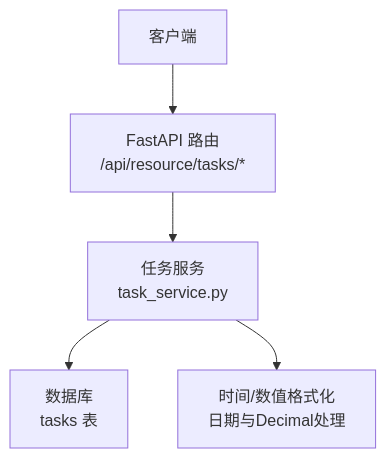
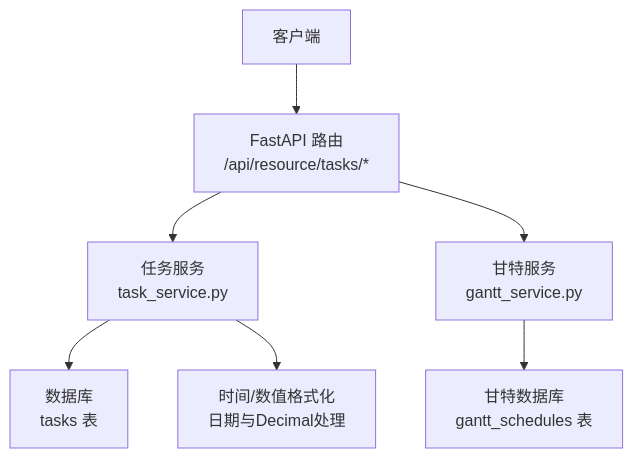
The first of 4 diagrams in .qoder/repowiki/zh/content/API接口文档/资源管理API/任务管理API.md (JiaStan/shizhi_system_df), drawn with Mermaid before and after one commit. The commit also changed other lines of this file and 53 other files, not shown here.

````diff
--- a/.qoder/repowiki/zh/content/API接口文档/资源管理API/任务管理API.md
+++ b/.qoder/repowiki/zh/content/API接口文档/资源管理API/任务管理API.md
@@ -30,7 +40,9 @@
 ```mermaid
 graph TB
 Client["客户端"] --> Router["FastAPI 路由<br/>/api/resource/tasks/*"]
-Router --> Service["任务服务<br/>task_service.py"]
-Service --> DB["数据库<br/>tasks 表"]
-Service --> Utils["时间/数值格式化<br/>日期与Decimal处理"]
+Router --> TaskService["任务服务<br/>task_service.py"]
+Router --> GanttService["甘特服务<br/>gantt_service.py"]
+TaskService --> DB["数据库<br/>tasks 表"]
+GanttService --> GanttDB["甘特数据库<br/>gantt_schedules 表"]
+TaskService --> Utils["时间/数值格式化<br/>日期与Decimal处理"]
 ```
````
